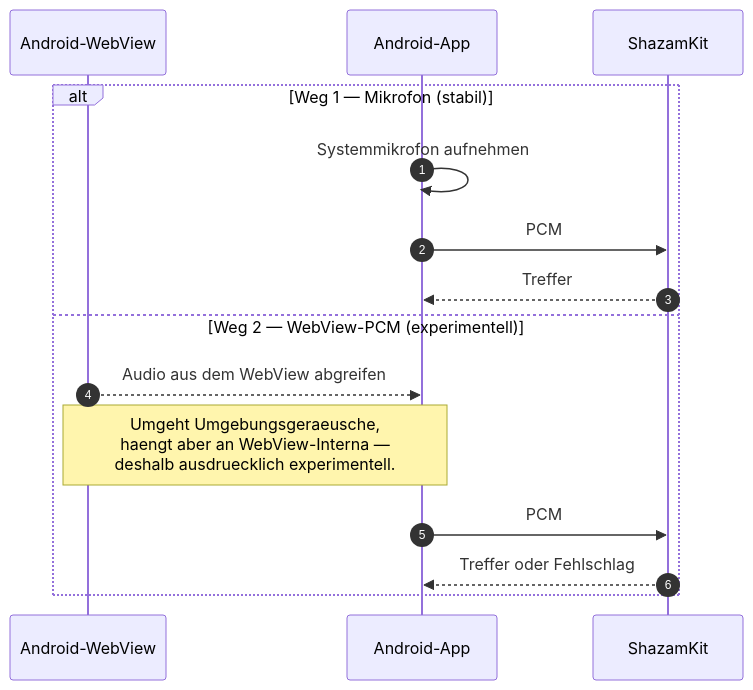
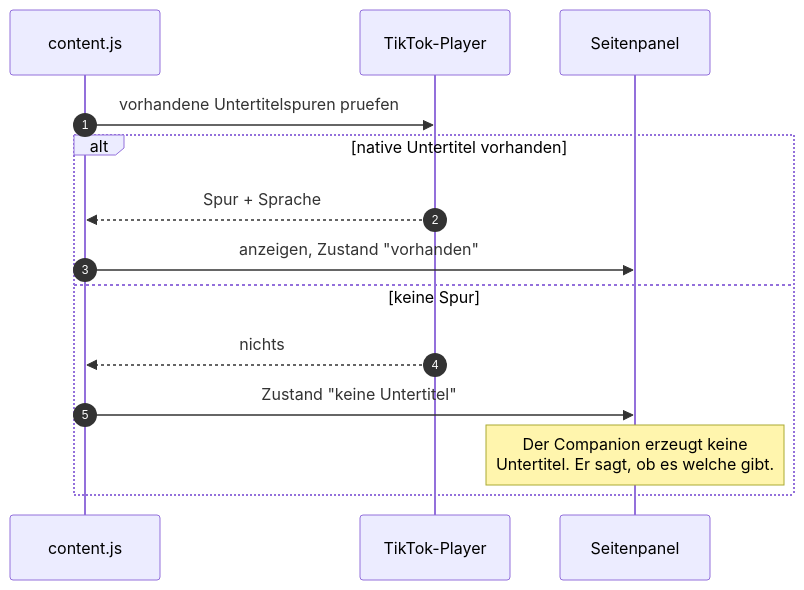
One commit to KikiKari/Projects changed the fourth of 4 diagrams in README.md. Above: the diagram before and after it, drawn with Mermaid. The commit also changed other lines of this file and 105 other files, not shown here.

Commit message:
release(android): consolidate TikTok LIVE Companion 0.8.0 (0PE-96)

````diff
--- a/README.md
+++ b/README.md
@@ -150,18 +140,17 @@
 ```mermaid
 sequenceDiagram
     autonumber
-    participant W as Android-WebView
-    participant A as Android-App
-    participant S as ShazamKit
+    participant C as content.js
+    participant T as TikTok-Player
+    participant P as Seitenpanel
 
-    alt Weg 1 — Mikrofon (stabil)
-        A->>A: Systemmikrofon aufnehmen
-        A->>S: PCM
-        S-->>A: Treffer
-    else Weg 2 — WebView-PCM (experimentell)
-        W-->>A: Audio aus dem WebView abgreifen
-        Note over W,A: Umgeht Umgebungsgeraeusche,<br/>haengt aber an WebView-Interna —<br/>deshalb ausdruecklich experimentell.
-        A->>S: PCM
-        S-->>A: Treffer oder Fehlschlag
+    C->>T: vorhandene Untertitelspuren pruefen
+    alt native Untertitel vorhanden
+        T-->>C: Spur + Sprache
+        C->>P: anzeigen, Zustand "vorhanden"
+    else keine Spur
+        T-->>C: nichts
+        C->>P: Zustand "keine Untertitel"
+        Note over P: Der Companion erzeugt keine<br/>Untertitel. Er sagt, ob es welche gibt.
     end
 ```
````
